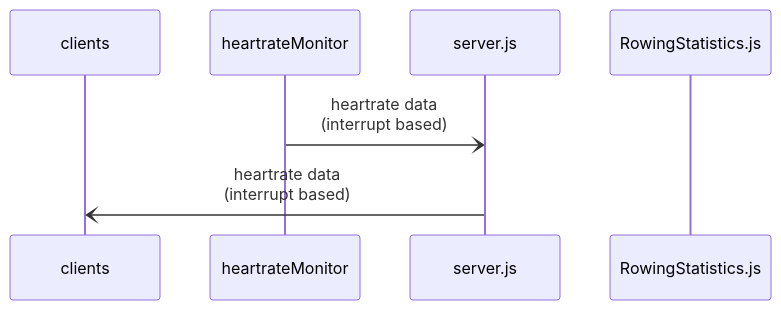
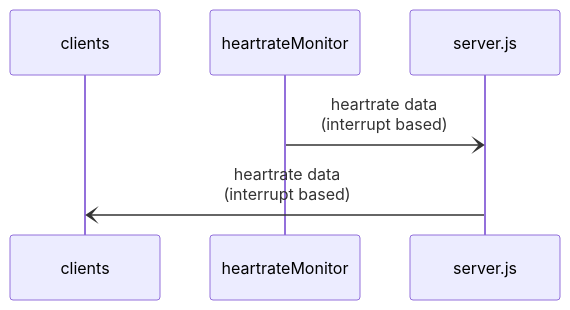
Before and after one commit to JaapvanEkris/openrowingmonitor: the third of 5 diagrams in docs/Architecture.md, drawn with Mermaid.

````diff
--- a/docs/Architecture.md
+++ b/docs/Architecture.md
@@ -65,9 +66,8 @@
 ```mermaid
 sequenceDiagram
   participant clients
   participant heartrateMonitor
   participant server.js
-  participant RowingStatistics.js
   heartrateMonitor-)server.js: heartrate data<br>(interrupt based)
   server.js-)clients: heartrate data<br>(interrupt based)
 ```
````
